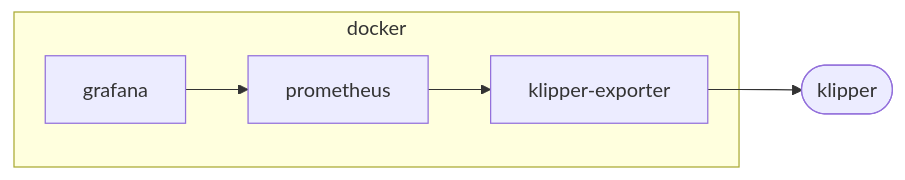
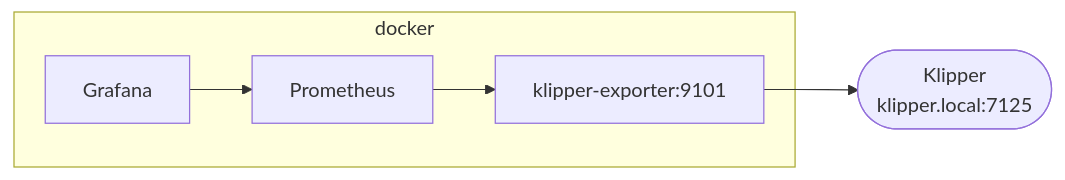
One commit to scross01/prometheus-klipper-exporter changed the diagram in example/README.md. Above: the diagram before and after it, drawn with Mermaid. The commit also changed other lines of this file and 1 other file, not shown here.

````diff
--- a/example/README.md
+++ b/example/README.md
@@ -7,8 +13,8 @@
 ```mermaid
 graph LR;
     subgraph docker
-        grafana-->prometheus
-        prometheus-->klipper-exporter
+        Grafana-->Prometheus
+        Prometheus-->klipper-exporter[klipper-exporter:9101]
     end
-    klipper-exporter-->klipper([klipper])
+    klipper-exporter-->klipper([Klipper<br/>klipper.local:7125])
 ```
````
